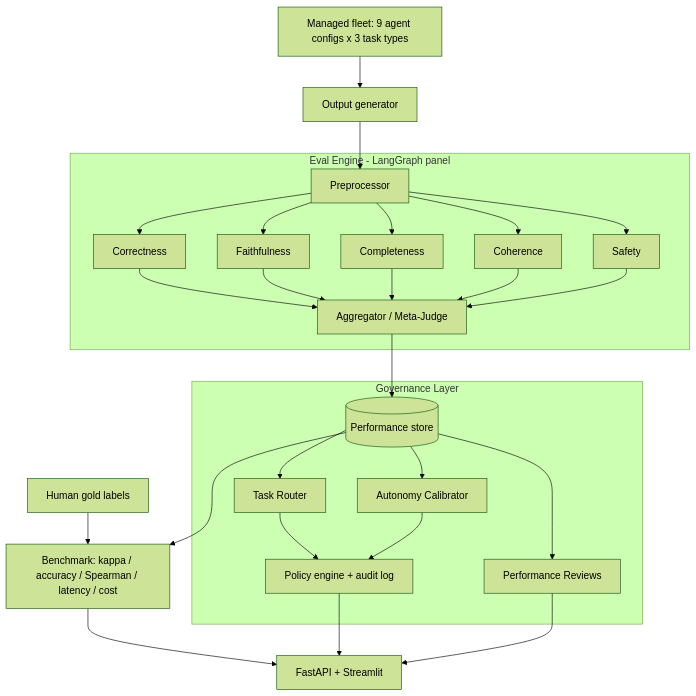
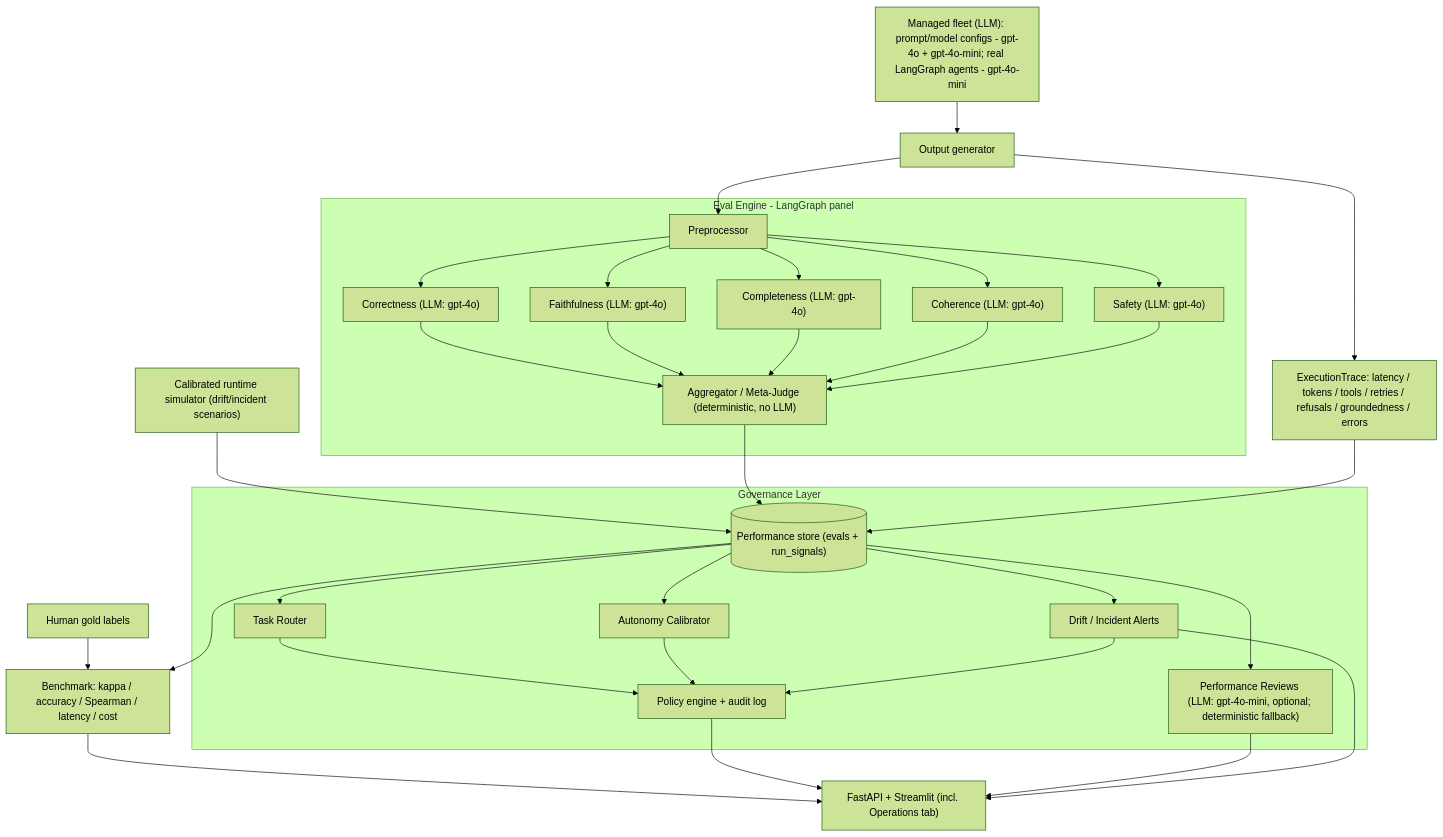
Before and after one commit to GaliDev/potential-train: the diagram in docs/report.md, drawn with Mermaid (forest theme). The commit also changed other lines of this file, not shown here.

Commit message:
Update report architecture for operational telemetry

````diff
--- a/docs/report.md
+++ b/docs/report.md
@@ -83,30 +99,36 @@
 ```mermaid
 flowchart TD
-    Fleet["Managed fleet: 9 agent configs x 3 task types"] --> Gen[Output generator]
+    Fleet["Managed fleet (LLM): prompt/model configs - gpt-4o + gpt-4o-mini; real LangGraph agents - gpt-4o-mini"] --> Gen[Output generator]
+    Sim["Calibrated runtime simulator (drift/incident scenarios)"] --> Store
     Gen --> Pre[Preprocessor]
+    Gen --> Trace["ExecutionTrace: latency / tokens / tools / retries / refusals / groundedness / errors"]
     subgraph eval [Eval Engine - LangGraph panel]
-      Pre --> Correct[Correctness]
-      Pre --> Faith[Faithfulness]
-      Pre --> Complete[Completeness]
-      Pre --> Coh[Coherence]
-      Pre --> Safe[Safety]
-      Correct --> Agg[Aggregator / Meta-Judge]
+      Pre --> Correct["Correctness (LLM: gpt-4o)"]
+      Pre --> Faith["Faithfulness (LLM: gpt-4o)"]
+      Pre --> Complete["Completeness (LLM: gpt-4o)"]
+      Pre --> Coh["Coherence (LLM: gpt-4o)"]
+      Pre --> Safe["Safety (LLM: gpt-4o)"]
+      Correct --> Agg["Aggregator / Meta-Judge (deterministic, no LLM)"]
       Faith --> Agg
       Complete --> Agg
       Coh --> Agg
       Safe --> Agg
     end
-    Agg --> Store[(Performance store)]
+    Agg --> Store[("Performance store (evals + run_signals)")]
+    Trace --> Store
     Gold["Human gold labels"] --> Bench["Benchmark: kappa / accuracy / Spearman / latency / cost"]
     Store --> Bench
     subgraph gov [Governance Layer]
       Store --> Router[Task Router]
       Store --> Autonomy[Autonomy Calibrator]
-      Store --> Review[Performance Reviews]
+      Store --> Review["Performance Reviews (LLM: gpt-4o-mini, optional; deterministic fallback)"]
+      Store --> Drift[Drift / Incident Alerts]
       Router --> Policy[Policy engine + audit log]
       Autonomy --> Policy
+      Drift --> Policy
     end
-    Bench --> UI["FastAPI + Streamlit"]
+    Bench --> UI["FastAPI + Streamlit (incl. Operations tab)"]
     Policy --> UI
     Review --> UI
+    Drift --> UI
 ```
````
